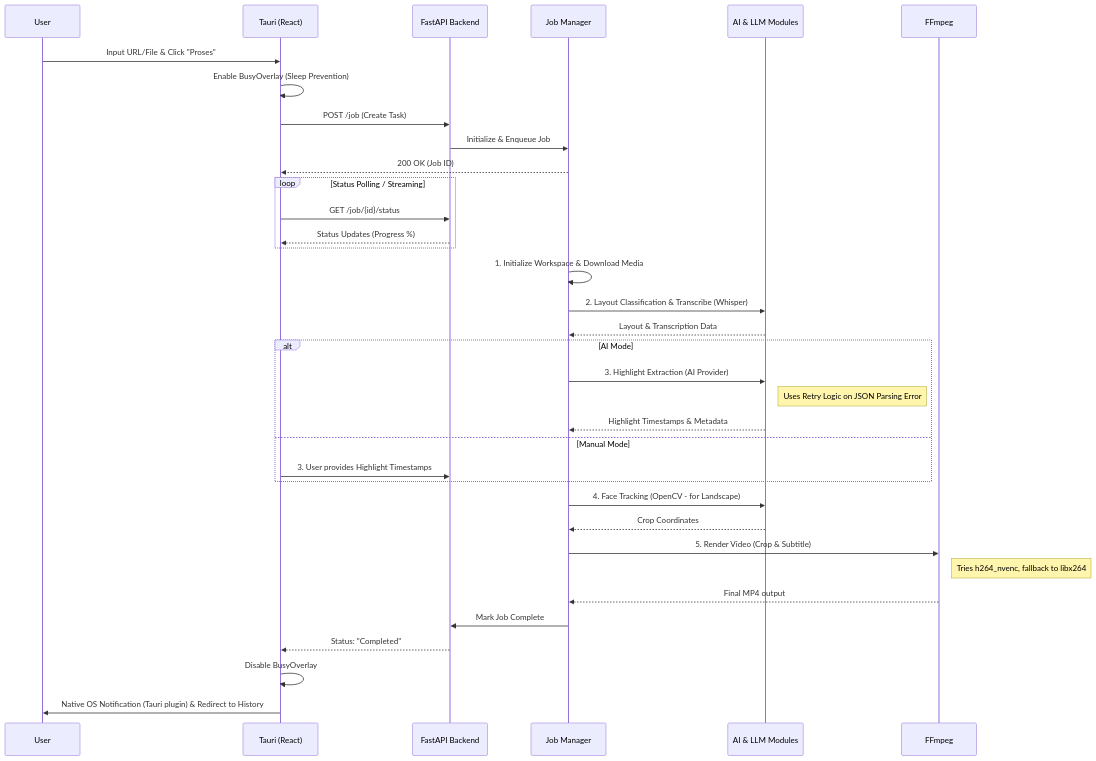
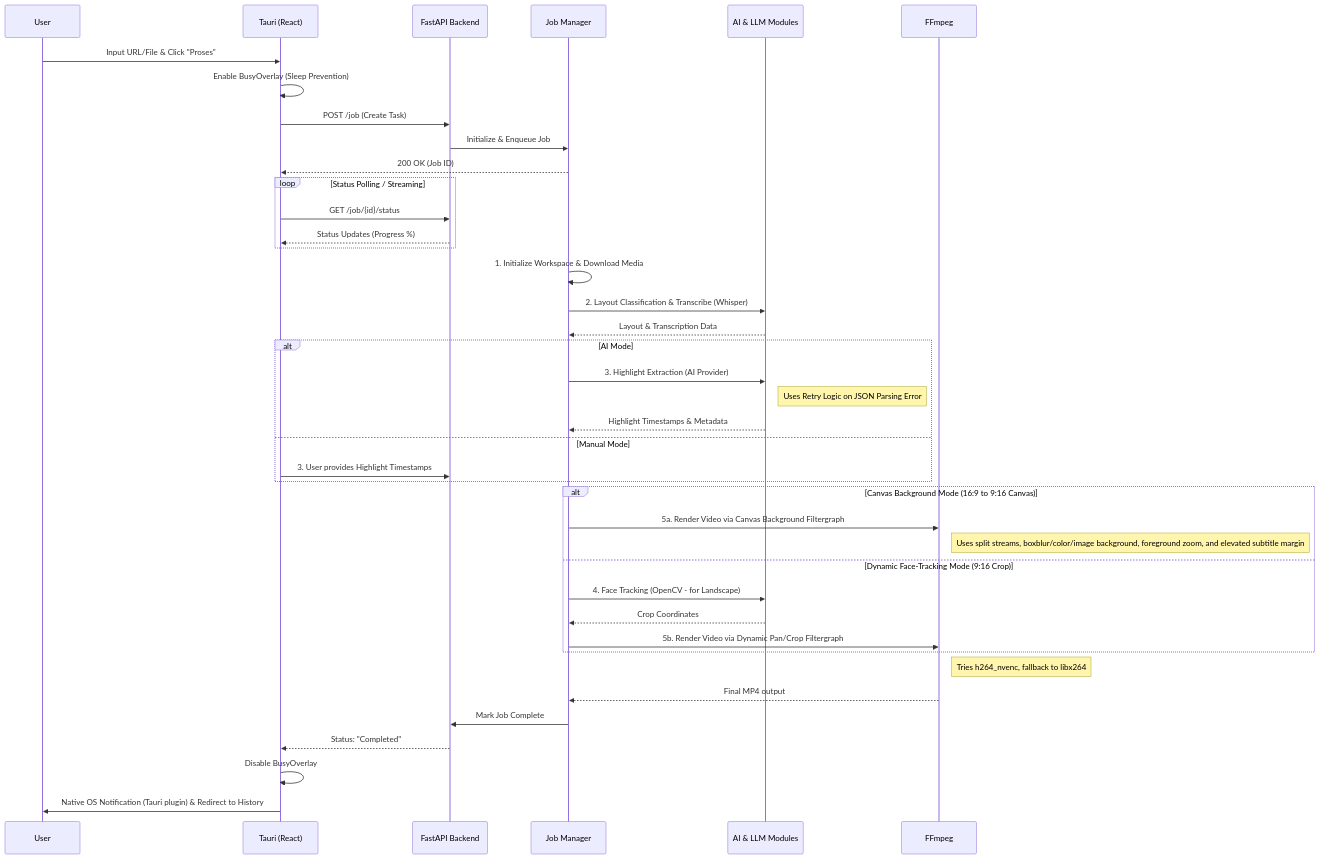
One commit to DhimasPH/auto-clipper changed the second of 2 diagrams in TECHNICAL_DESIGN.md. Above: the diagram before and after it, drawn with Mermaid. The commit also changed other lines of this file and 7 other files, not shown here.

Commit message:
feat: add canvas background styling, foreground zoom, and adaptive subtitle positioning to video rendering pipelines

````diff
--- a/TECHNICAL_DESIGN.md
+++ b/TECHNICAL_DESIGN.md
@@ -38,44 +38,48 @@
 ```mermaid
 sequenceDiagram
     participant User
     participant Frontend as Tauri (React)
     participant API as FastAPI Backend
     participant JobMgr as Job Manager
     participant AI as AI & LLM Modules
     participant FFmpeg as FFmpeg
 
     User->>Frontend: Input URL/File & Click "Proses"
     Frontend->>Frontend: Enable BusyOverlay (Sleep Prevention)
     Frontend->>API: POST /job (Create Task)
     API->>JobMgr: Initialize & Enqueue Job
     JobMgr-->>Frontend: 200 OK (Job ID)
     
     loop Status Polling / Streaming
         Frontend->>API: GET /job/{id}/status
         API-->>Frontend: Status Updates (Progress %)
     end
     
     JobMgr->>JobMgr: 1. Initialize Workspace & Download Media
     JobMgr->>AI: 2. Layout Classification & Transcribe (Whisper)
     AI-->>JobMgr: Layout & Transcription Data
     
     alt AI Mode
         JobMgr->>AI: 3. Highlight Extraction (AI Provider)
         Note right of AI: Uses Retry Logic on JSON Parsing Error
         AI-->>JobMgr: Highlight Timestamps & Metadata
     else Manual Mode
         Frontend->>API: 3. User provides Highlight Timestamps
     end
     
-    JobMgr->>AI: 4. Face Tracking (OpenCV - for Landscape)
-    AI-->>JobMgr: Crop Coordinates
-    
-    JobMgr->>FFmpeg: 5. Render Video (Crop & Subtitle)
+    alt Canvas Background Mode (16:9 to 9:16 Canvas)
+        JobMgr->>FFmpeg: 5a. Render Video via Canvas Background Filtergraph
+        Note right of FFmpeg: Uses split streams, boxblur/color/image background, foreground zoom, and elevated subtitle margin
+    else Dynamic Face-Tracking Mode (9:16 Crop)
+        JobMgr->>AI: 4. Face Tracking (OpenCV - for Landscape)
+        AI-->>JobMgr: Crop Coordinates
+        JobMgr->>FFmpeg: 5b. Render Video via Dynamic Pan/Crop Filtergraph
+    end
     Note right of FFmpeg: Tries h264_nvenc, fallback to libx264
     FFmpeg-->>JobMgr: Final MP4 output
     
     JobMgr->>API: Mark Job Complete
     API-->>Frontend: Status: "Completed"
     Frontend->>Frontend: Disable BusyOverlay
     Frontend->>User: Native OS Notification (Tauri plugin) & Redirect to History
 ```
````
